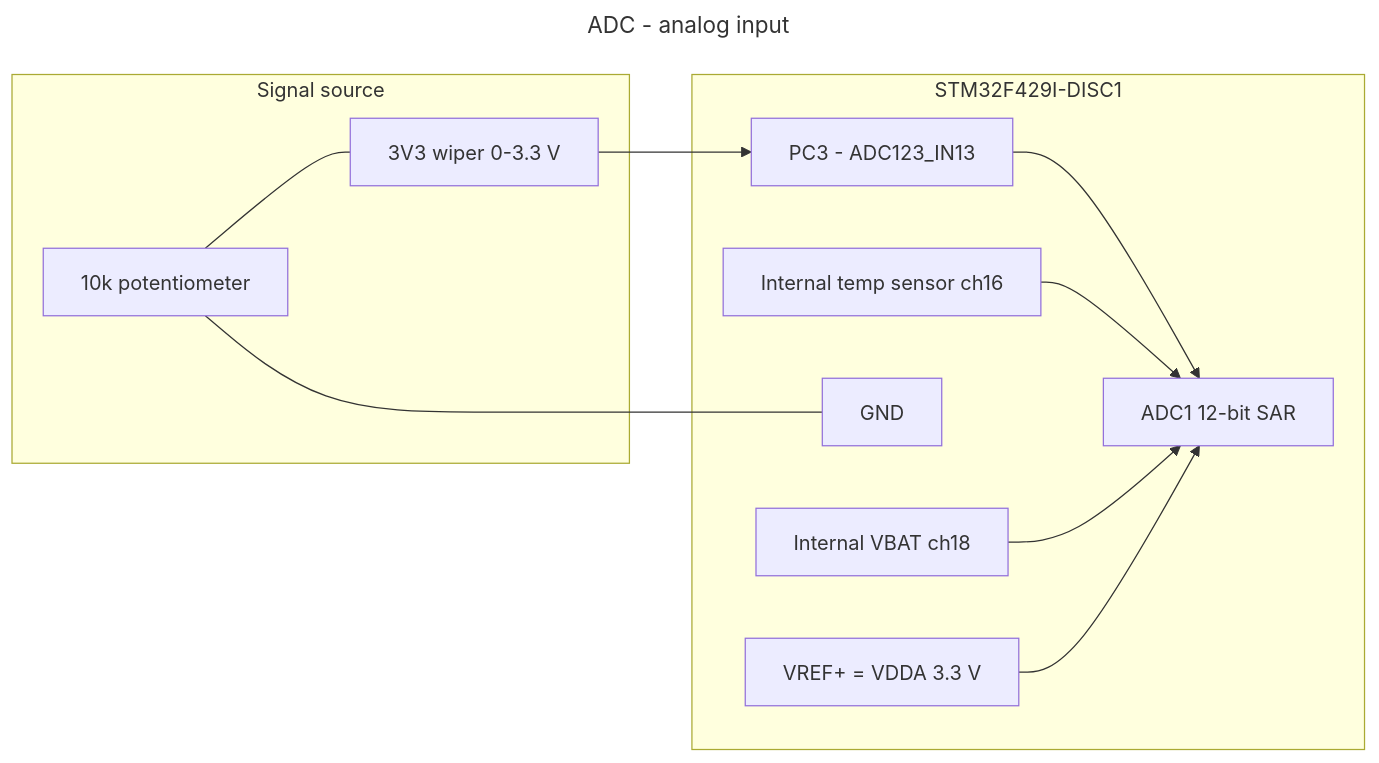
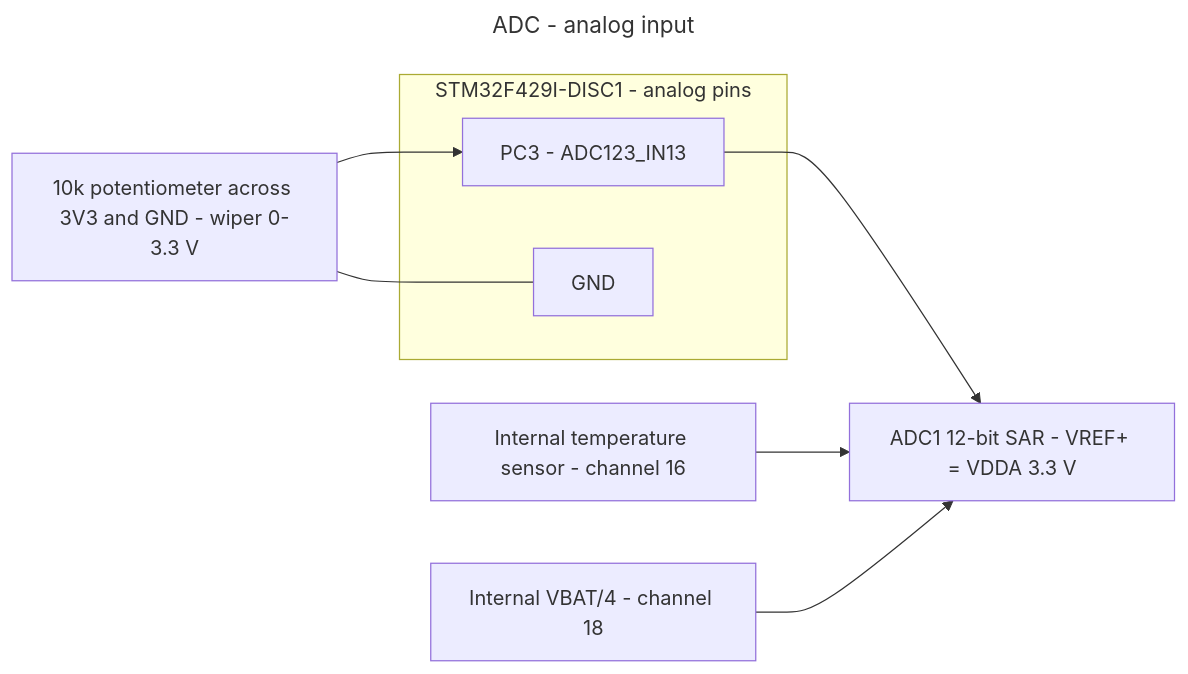
One commit to Ekpenyong-Esu/BareMetalMCU2 changed the diagram in Sensor_Cons/Peripherals/ADC/adc_wiring.mmd. Above: the diagram before and after it, drawn with Mermaid. The commit also changed 13 other files, not shown here.

Commit message:
Rank the remaining wiring diagrams into a single row

```diff
--- a/Sensor_Cons/Peripherals/ADC/adc_wiring.mmd
+++ b/Sensor_Cons/Peripherals/ADC/adc_wiring.mmd
@@ -1,29 +1,24 @@
 ---
 title: ADC - analog input
 ---
 %% On-chip peripheral; nothing to wire except the signal you want to measure.
 %% Channel map from Peripherals/ADC/adc_tutorial.ipynb: PA0-PA7, PB0-PB1, PC0-PC5.
 %% PC3 (ADC123_IN13) is the only one of those still free in project.ioc.
 %% Input must stay within 0 - 3.3 V; divide anything larger.
 flowchart LR
-    subgraph SRC["Signal source"]
-        POT["10k potentiometer"]
-        SUP["3V3 wiper 0-3.3 V"]
+    SRC["10k potentiometer across 3V3 and GND - wiper 0-3.3 V"]
+
+    subgraph MCU["STM32F429I-DISC1 - analog pins"]
+        AIN["PC3 - ADC123_IN13"]
+        GND["GND"]
     end
 
-    subgraph MCU["STM32F429I-DISC1"]
-        AIN["PC3 - ADC123_IN13"]
-        VREF["VREF+ = VDDA 3.3 V"]
-        GND["GND"]
-        ADC["ADC1 12-bit SAR"]
-        TEMP["Internal temp sensor ch16"]
-        VBAT["Internal VBAT ch18"]
-    end
+    ADC["ADC1 12-bit SAR - VREF+ = VDDA 3.3 V"]
+    TEMP["Internal temperature sensor - channel 16"]
+    VBAT["Internal VBAT/4 - channel 18"]
 
-    SUP --> AIN
-    POT --- SUP
-    POT --- GND
+    SRC --> AIN
+    SRC --- GND
     AIN --> ADC
     TEMP --> ADC
     VBAT --> ADC
-    VREF --> ADC
```
